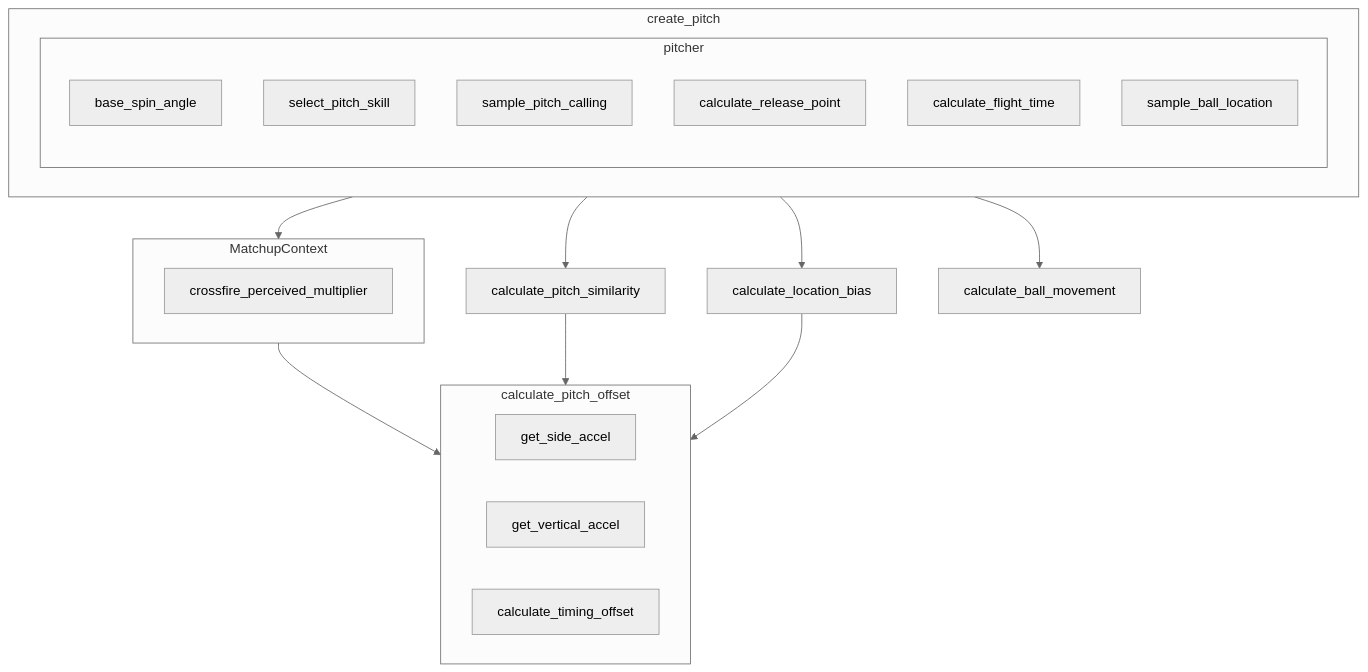
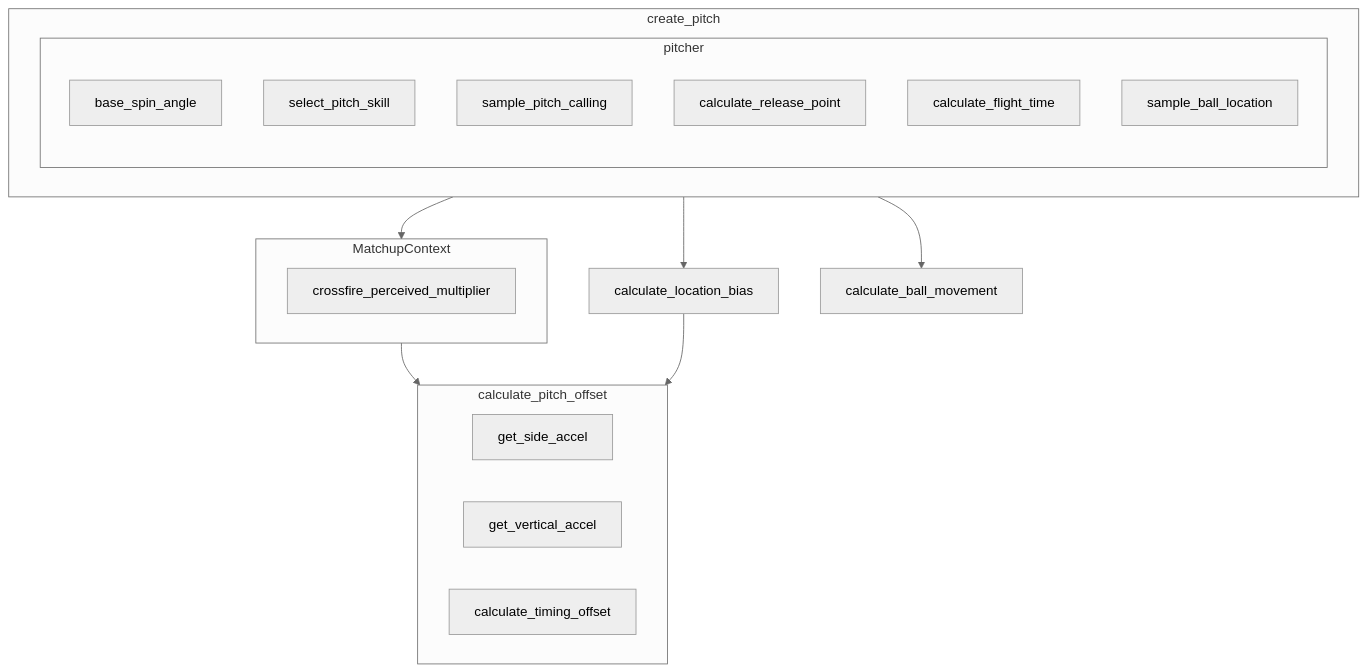
Before and after one commit to torafugu/saberbb: the diagram in docs/mmd/pitching_diagram.mmd, drawn with Mermaid (neutral theme). The commit also changed 8 other files, not shown here.

Commit message:
PitchSimilarity was removed.

```diff
--- a/docs/mmd/pitching_diagram.mmd
+++ b/docs/mmd/pitching_diagram.mmd
@@ -1,29 +1,28 @@
 flowchart TD
     subgraph pitcher
         base_spin_angle
         select_pitch_skill
         sample_pitch_calling
         calculate_release_point
         calculate_flight_time
         sample_ball_location
     end
 
     subgraph create_pitch
         pitcher
         calculate_flight_time
     end
 
     subgraph MatchupContext
         crossfire_perceived_multiplier
     end
     
     create_pitch --> MatchupContext --> calculate_pitch_offset
-    create_pitch --> calculate_pitch_similarity --> calculate_pitch_offset
     create_pitch --> calculate_location_bias --> calculate_pitch_offset
     create_pitch --> calculate_ball_movement
 
     subgraph calculate_pitch_offset
         get_side_accel
         get_vertical_accel
         calculate_timing_offset
     end
```
